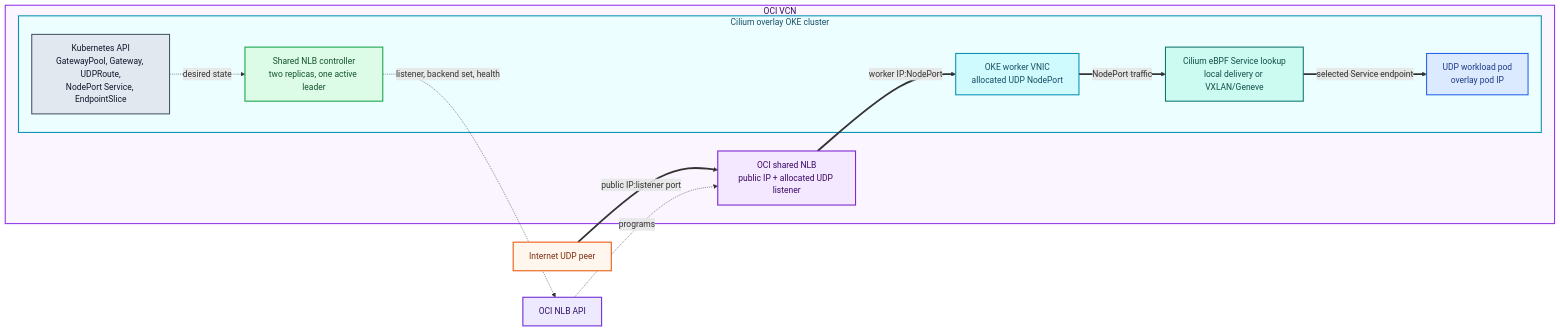
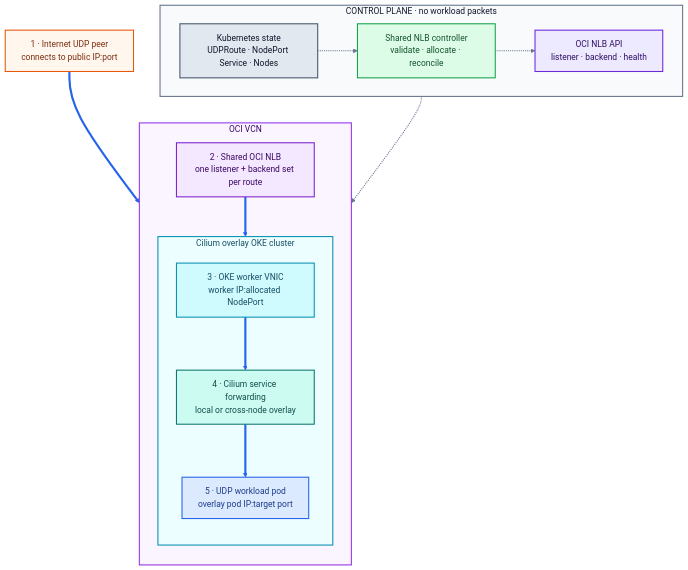
Before and after one commit to RyanHelferich/oci-shared-nlb-gateway-controller: the second of 3 diagrams in README.md, drawn with Mermaid. The commit also changed other lines of this file, not shown here.

Commit message:
Rework README architecture diagrams

````diff
--- a/README.md
+++ b/README.md
@@ -76,37 +83,45 @@
 ```mermaid
-flowchart LR
-  peer[Internet UDP peer]:::external
+flowchart TB
+  peer["1 · Internet UDP peer<br/>connects to public IP:port"]:::external
 
-  subgraph vcn[OCI VCN]
-    nlb[OCI shared NLB<br/>public IP + allocated UDP listener]:::oci
+  subgraph vcn["OCI VCN"]
+    direction TB
+    nlb["2 · Shared OCI NLB<br/>one listener + backend set per route"]:::oci
 
-    subgraph oke[Cilium overlay OKE cluster]
-      api[Kubernetes API<br/>GatewayPool, Gateway, UDPRoute,<br/>NodePort Service, EndpointSlice]:::k8s
-      ctl[Shared NLB controller<br/>two replicas, one active leader]:::controller
-      worker[OKE worker VNIC<br/>allocated UDP NodePort]:::worker
-      cilium[Cilium eBPF Service lookup<br/>local delivery or VXLAN/Geneve]:::network
-      pod[UDP workload pod<br/>overlay pod IP]:::workload
-      api -. desired state .-> ctl
-      worker ==>|NodePort traffic| cilium
-      cilium ==>|selected Service endpoint| pod
+    subgraph oke["Cilium overlay OKE cluster"]
+      direction TB
+      worker["3 · OKE worker VNIC<br/>worker IP:allocated NodePort"]:::worker
+      cilium["4 · Cilium service forwarding<br/>local or cross-node overlay"]:::network
+      pod["5 · UDP workload pod<br/>overlay pod IP:target port"]:::workload
     end
   end
 
-  ociapi[OCI NLB API]:::ociapi
+  subgraph control["CONTROL PLANE · no workload packets"]
+    direction LR
+    desired["Kubernetes state<br/>UDPRoute · NodePort Service · Nodes"]:::k8s
+    ctl["Shared NLB controller<br/>validate · allocate · reconcile"]:::controller
+    ociapi["OCI NLB API<br/>listener · backend · health"]:::ociapi
+  end
 
-  peer ==>|public IP:listener port| nlb
-  nlb ==>|worker IP:NodePort| worker
-  ctl -. listener, backend set, health .-> ociapi
-  ociapi -. programs .-> nlb
+  peer ==> nlb
+  nlb ==> worker
+  worker ==> cilium
+  cilium ==> pod
+  desired -.-> ctl
+  ctl -.-> ociapi
+  ociapi -.-> nlb
 
   classDef external fill:#fff7ed,stroke:#ea580c,color:#7c2d12,stroke-width:2px;
   classDef oci fill:#f3e8ff,stroke:#7e22ce,color:#3b0764,stroke-width:2px;
   classDef ociapi fill:#ede9fe,stroke:#6d28d9,color:#2e1065,stroke-width:2px;
   classDef k8s fill:#e2e8f0,stroke:#475569,color:#0f172a,stroke-width:2px;
   classDef controller fill:#dcfce7,stroke:#16a34a,color:#14532d,stroke-width:2px;
   classDef worker fill:#cffafe,stroke:#0891b2,color:#164e63,stroke-width:2px;
   classDef network fill:#ccfbf1,stroke:#0f766e,color:#134e4a,stroke-width:2px;
   classDef workload fill:#dbeafe,stroke:#2563eb,color:#1e3a8a,stroke-width:2px;
   style vcn fill:#faf5ff,stroke:#9333ea,stroke-width:2px,color:#3b0764
   style oke fill:#ecfeff,stroke:#0891b2,stroke-width:2px,color:#164e63
+  style control fill:#f8fafc,stroke:#64748b,stroke-width:2px,color:#0f172a
+  linkStyle 0,1,2,3 stroke:#2563eb,stroke-width:4px;
+  linkStyle 4,5,6 stroke:#64748b,stroke-width:2px;
 ```
````
